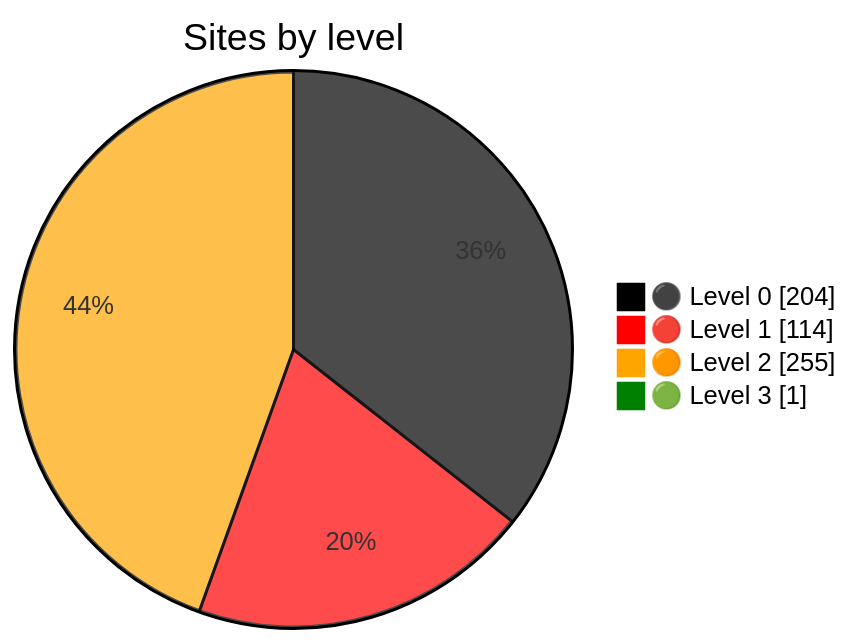
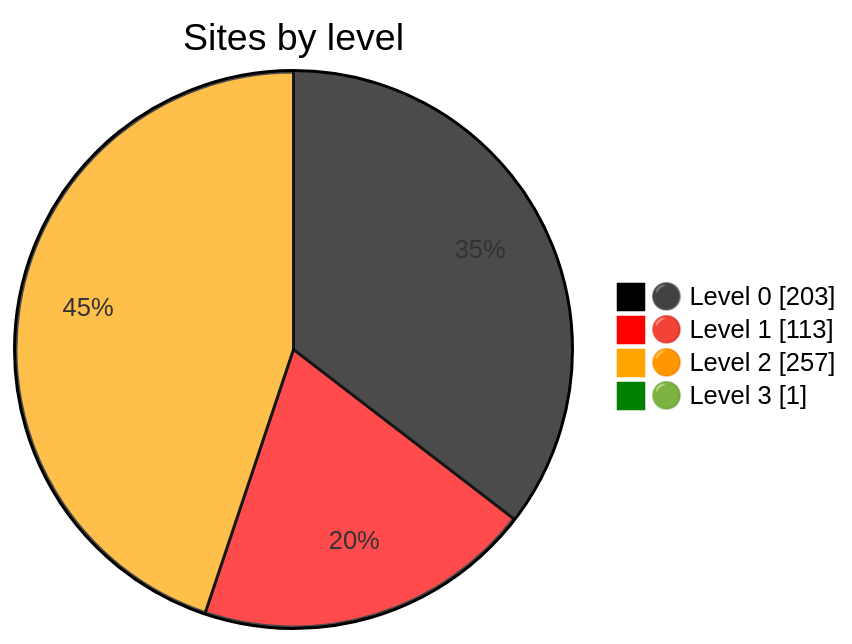
One commit to Dushmilan/gov_lk_web_auditor changed the diagram in README.md. Above: the diagram before and after it, drawn with Mermaid. The commit also changed other lines of this file and 2543 other files, not shown here.

````diff
--- a/README.md
+++ b/README.md
@@ -24,9 +24,9 @@
 ```mermaid
 %%{init: {"themeVariables":{"pie1":"black","pie2":"red","pie3":"orange","pie4":"green"}}}%%
 pie showData
     title Sites by level
-    "⚫ Level 0" : 204
-    "🔴 Level 1" : 114
-    "🟠 Level 2" : 255
+    "⚫ Level 0" : 203
+    "🔴 Level 1" : 113
+    "🟠 Level 2" : 257
     "🟢 Level 3" : 1
 ```
````
